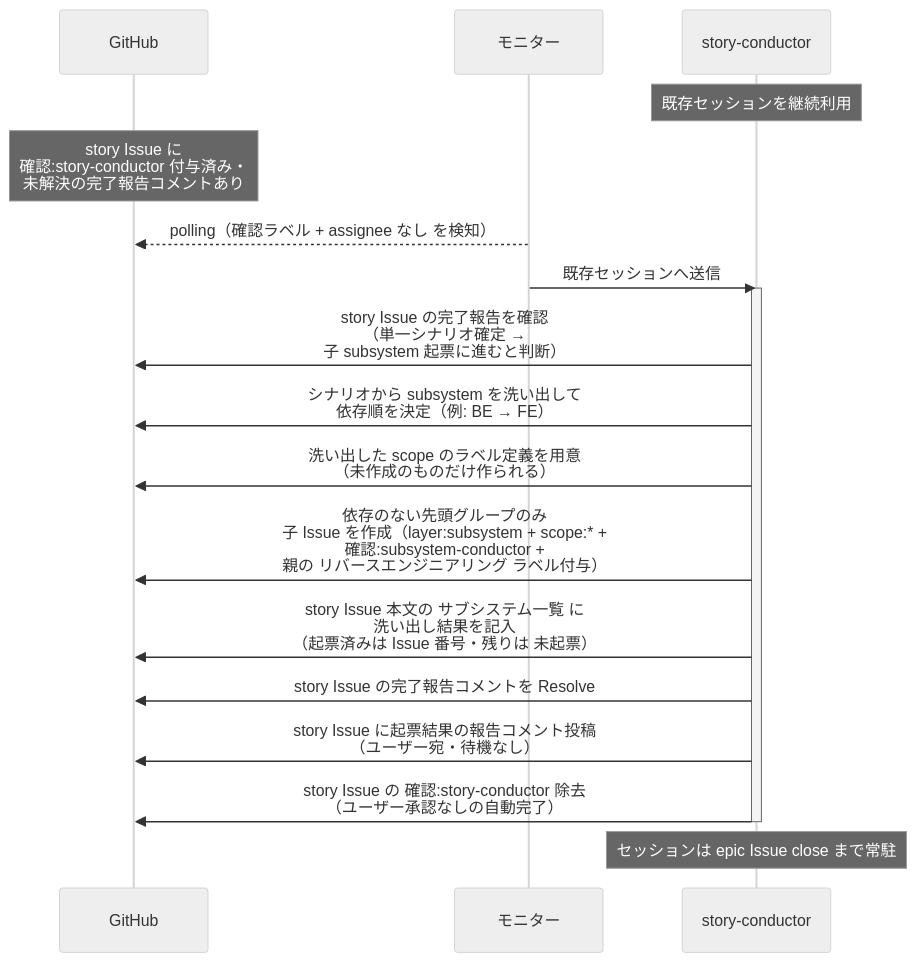
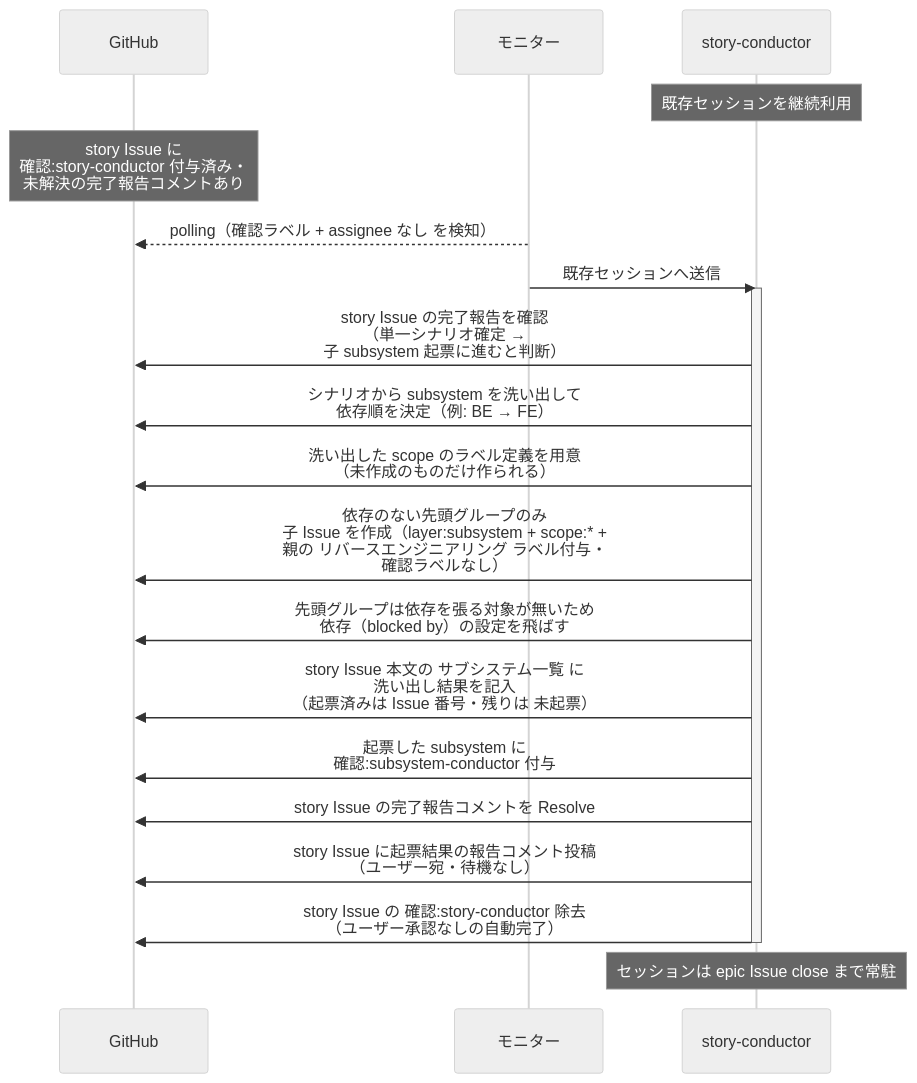
The first of 2 diagrams in docs/wiki/設計図/シナリオ/単一ユースケース/子subsystem起票.md (shuhei1101/ai-monitor), drawn with Mermaid (neutral theme) before and after one commit. The commit also changed other lines of this file and 3 other files, not shown here.

````diff
--- a/docs/wiki/設計図/シナリオ/単一ユースケース/子subsystem起票.md
+++ b/docs/wiki/設計図/シナリオ/単一ユースケース/子subsystem起票.md
@@ -26,22 +26,24 @@
 ```mermaid
 sequenceDiagram
   participant GH as GitHub
   participant ORC as モニター
   participant MON as story-conductor
 
   Note over MON: 既存セッションを継続利用
   Note over GH: story Issue に<br>確認:story-conductor 付与済み・<br>未解決の完了報告コメントあり
   ORC-->>GH: polling（確認ラベル + assignee なし を検知）
   ORC->>MON: 既存セッションへ送信
   activate MON
   MON->>GH: story Issue の完了報告を確認<br>（単一シナリオ確定 →<br>子 subsystem 起票に進むと判断）
   MON->>GH: シナリオから subsystem を洗い出して<br>依存順を決定（例: BE → FE）
   MON->>GH: 洗い出した scope のラベル定義を用意<br>（未作成のものだけ作られる）
-  MON->>GH: 依存のない先頭グループのみ<br>子 Issue を作成（layer:subsystem + scope:* +<br>確認:subsystem-conductor +<br>親の リバースエンジニアリング ラベル付与）
+  MON->>GH: 依存のない先頭グループのみ<br>子 Issue を作成（layer:subsystem + scope:* +<br>親の リバースエンジニアリング ラベル付与・<br>確認ラベルなし）
+  MON->>GH: 先頭グループは依存を張る対象が無いため<br>依存（blocked by）の設定を飛ばす
   MON->>GH: story Issue 本文の サブシステム一覧 に<br>洗い出し結果を記入<br>（起票済みは Issue 番号・残りは 未起票）
+  MON->>GH: 起票した subsystem に<br>確認:subsystem-conductor 付与
   MON->>GH: story Issue の完了報告コメントを Resolve
   MON->>GH: story Issue に起票結果の報告コメント投稿<br>（ユーザー宛・待機なし）
   MON->>GH: story Issue の 確認:story-conductor 除去<br>（ユーザー承認なしの自動完了）
   deactivate MON
   Note over MON: セッションは epic Issue close まで常駐
 ```
````
